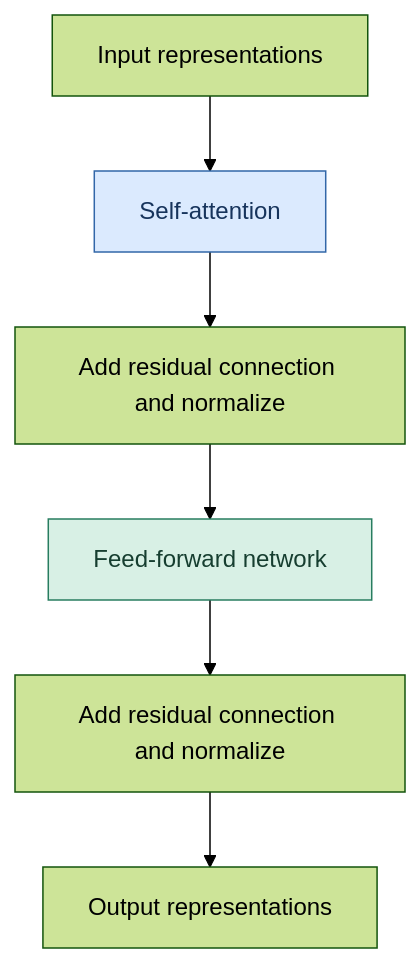
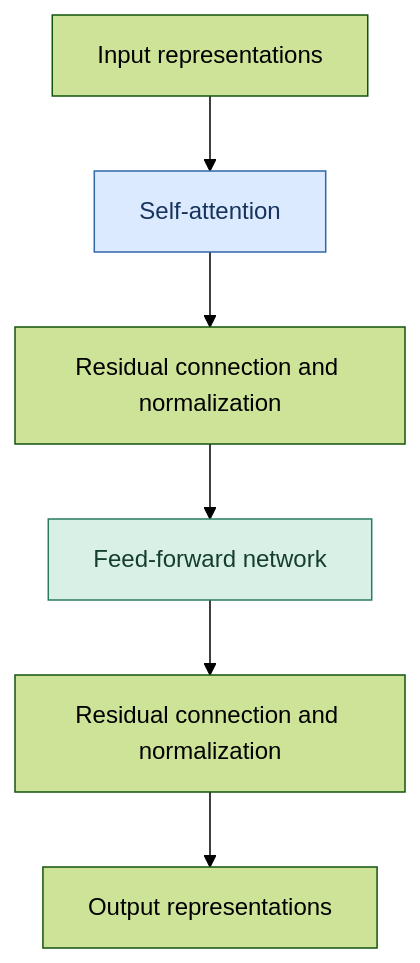
One commit to ut1776/arc-agi-2-reasoning changed the second of 4 diagrams in README.md. Above: the diagram before and after it, drawn with Mermaid (forest theme). The commit also changed other lines of this file, not shown here.

````diff
--- a/README.md
+++ b/README.md
@@ -158,11 +138,11 @@
 ```mermaid
 flowchart TD
     A["Input representations"] --> B["Self-attention"]
-    B --> C["Add residual connection and normalize"]
+    B --> C["Residual connection and normalization"]
     C --> D["Feed-forward network"]
-    D --> E["Add residual connection and normalize"]
+    D --> E["Residual connection and normalization"]
     E --> F["Output representations"]
 
     style B fill:#dbeafe,stroke:#3267a8,color:#17345c
     style D fill:#d8f0e5,stroke:#287d60,color:#163e30
 ```
````
